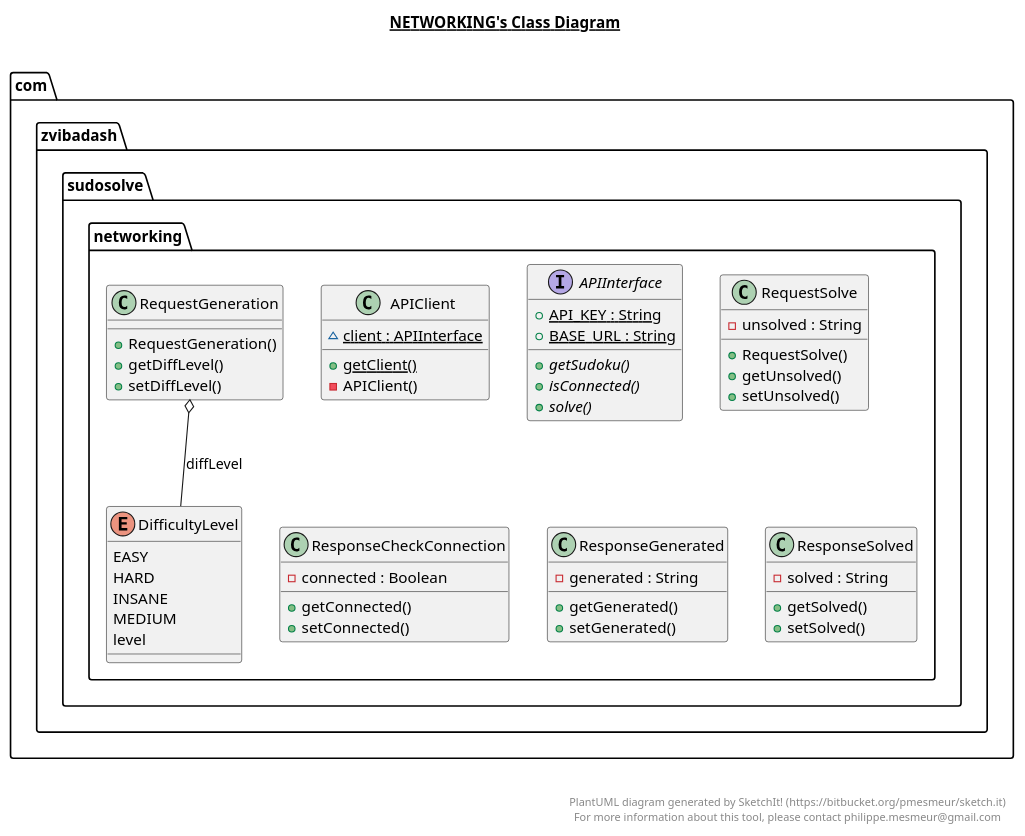
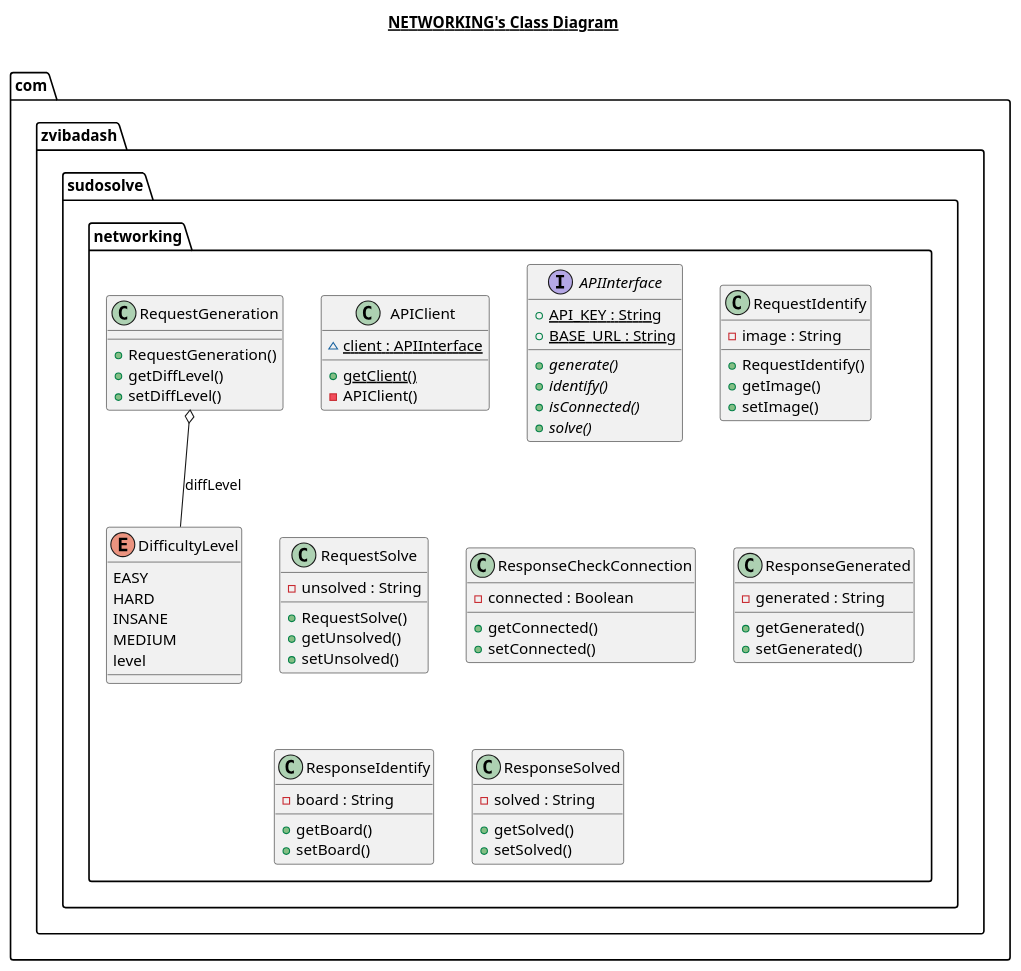
Before and after one commit to Zvi-Badash/Sudo-Solve: the diagram in app/src/main/java/com/zvibadash/sudosolve/networking/networking.plantuml, drawn with PlantUML. The commit also changed 26 other files, not shown here.

```diff
--- a/app/src/main/java/com/zvibadash/sudosolve/networking/networking.plantuml
+++ b/app/src/main/java/com/zvibadash/sudosolve/networking/networking.plantuml
@@ -1,108 +1,124 @@
 @startuml
 
 title __NETWORKING's Class Diagram__\n
 
   namespace com.zvibadash.sudosolve {
     namespace networking {
       class com.zvibadash.sudosolve.networking.APIClient {
           {static} ~ client : APIInterface
           {static} + getClient()
           - APIClient()
       }
     }
   }
   
 
   namespace com.zvibadash.sudosolve {
     namespace networking {
       interface com.zvibadash.sudosolve.networking.APIInterface {
           {static} + API_KEY : String
           {static} + BASE_URL : String
-          {abstract} + getSudoku()
+          {abstract} + generate()
+          {abstract} + identify()
           {abstract} + isConnected()
           {abstract} + solve()
       }
     }
   }
   
 
   namespace com.zvibadash.sudosolve {
     namespace networking {
       enum DifficultyLevel {
         EASY
         HARD
         INSANE
         MEDIUM
         level
       }
     }
   }
   
 
   namespace com.zvibadash.sudosolve {
     namespace networking {
       class com.zvibadash.sudosolve.networking.RequestGeneration {
           + RequestGeneration()
           + getDiffLevel()
           + setDiffLevel()
+      }
+    }
+  }
+  
+
+  namespace com.zvibadash.sudosolve {
+    namespace networking {
+      class com.zvibadash.sudosolve.networking.RequestIdentify {
+          - image : String
+          + RequestIdentify()
+          + getImage()
+          + setImage()
       }
     }
   }
   
 
   namespace com.zvibadash.sudosolve {
     namespace networking {
       class com.zvibadash.sudosolve.networking.RequestSolve {
           - unsolved : String
           + RequestSolve()
           + getUnsolved()
           + setUnsolved()
       }
     }
   }
   
 
   namespace com.zvibadash.sudosolve {
     namespace networking {
       class com.zvibadash.sudosolve.networking.ResponseCheckConnection {
           - connected : Boolean
           + getConnected()
           + setConnected()
       }
     }
   }
   
 
   namespace com.zvibadash.sudosolve {
     namespace networking {
       class com.zvibadash.sudosolve.networking.ResponseGenerated {
           - generated : String
           + getGenerated()
           + setGenerated()
       }
     }
   }
   
 
   namespace com.zvibadash.sudosolve {
     namespace networking {
+      class com.zvibadash.sudosolve.networking.ResponseIdentify {
+          - board : String
+          + getBoard()
+          + setBoard()
+      }
+    }
+  }
+  
+
+  namespace com.zvibadash.sudosolve {
+    namespace networking {
       class com.zvibadash.sudosolve.networking.ResponseSolved {
           - solved : String
           + getSolved()
           + setSolved()
       }
     }
   }
   
 
   com.zvibadash.sudosolve.networking.RequestGeneration o-- com.zvibadash.sudosolve.networking.DifficultyLevel : diffLevel
 
-
-right footer
-
-
-PlantUML diagram generated by SketchIt! (https://bitbucket.org/pmesmeur/sketch.it)
-For more information about this tool, please contact philippe.mesmeur@gmail.com
-endfooter
-
 @enduml
```
